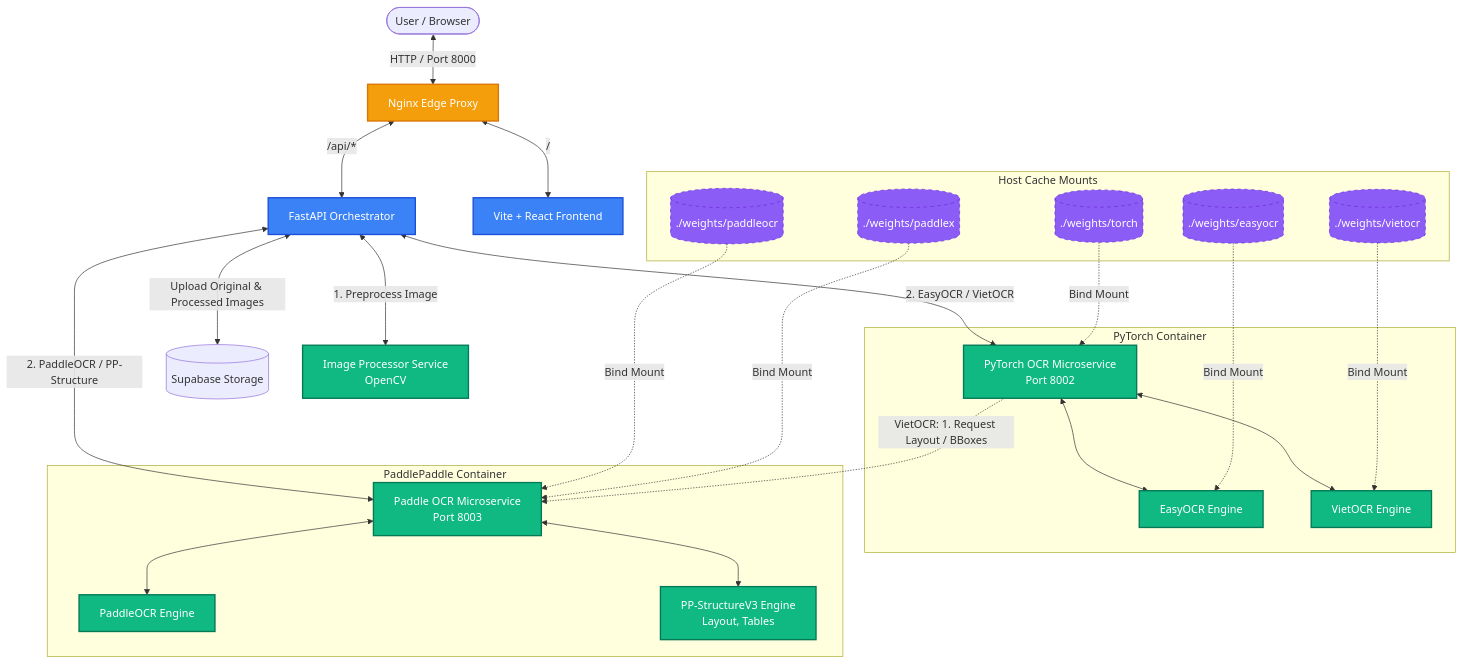
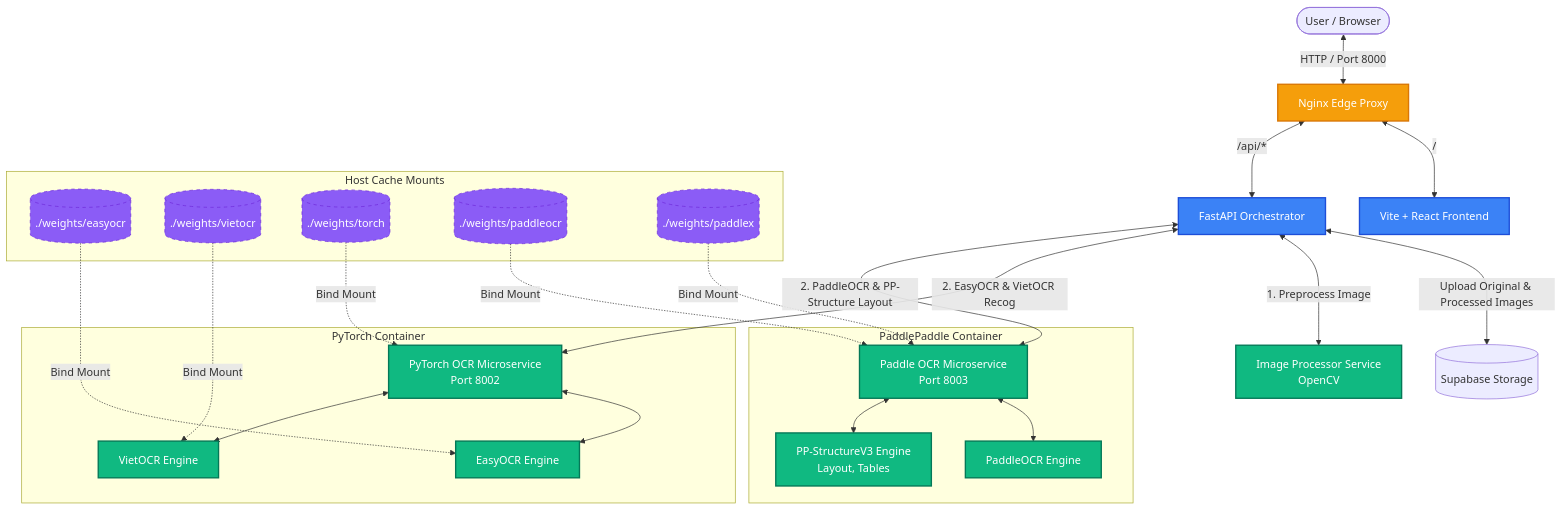
One commit to DucAnhishere/OCR-playground changed the first of 2 diagrams in README.md. Above: the diagram before and after it, drawn with Mermaid. The commit also changed other lines of this file, not shown here.

Commit message:
docs: Update architecture diagrams and documentation in README

````diff
--- a/README.md
+++ b/README.md
@@ -15,49 +15,47 @@
 ```mermaid
 graph TD
     User([User / Browser]) <--> |HTTP / Port 8000| Nginx[Nginx Edge Proxy]
     
     Nginx <--> | / | FE[Vite + React Frontend]
     Nginx <--> | /api/* | BFF[FastAPI Orchestrator]
     
     BFF <--> |Upload Original & Processed Images| Supabase[(Supabase Storage)]
     
     BFF <--> |1. Preprocess Image| IMG[Image Processor Service<br/>OpenCV]
-    BFF <--> |2. EasyOCR / VietOCR| PY[PyTorch OCR Microservice<br/>Port 8002]
-    BFF <--> |2. PaddleOCR / PP-Structure| PD[Paddle OCR Microservice<br/>Port 8003]
-    
-    PY -.-> |VietOCR: 1. Request Layout / BBoxes| PD
+    BFF <--> |2. EasyOCR & VietOCR Recog| PY[PyTorch OCR Microservice<br/>Port 8002]
+    BFF <--> |2. PaddleOCR & PP-Structure Layout| PD[Paddle OCR Microservice<br/>Port 8003]
     
     subgraph PyTorch [PyTorch Container]
         PY
         Easy[EasyOCR Engine]
         Viet[VietOCR Engine]
         PY <--> Easy
         PY <--> Viet
     end
     
     subgraph Paddle [PaddlePaddle Container]
         PD
         PaddleOCR[PaddleOCR Engine]
         Struct[PP-StructureV3 Engine<br/>Layout, Tables]
         PD <--> PaddleOCR
         PD <--> Struct
     end
     
     subgraph Weights [Host Cache Mounts]
         W_Easy[(./weights/easyocr)] -.-> |Bind Mount| Easy
         W_Viet[(./weights/vietocr)] -.-> |Bind Mount| Viet
         W_Torch[(./weights/torch)] -.-> |Bind Mount| PY
         W_Paddle[(./weights/paddleocr)] -.-> |Bind Mount| PD
         W_Paddlex[(./weights/paddlex)] -.-> |Bind Mount| PD
     end
     
     classDef main fill:#3b82f6,stroke:#1d4ed8,color:#fff,stroke-width:2px;
     classDef service fill:#10b981,stroke:#047857,color:#fff,stroke-width:2px;
     classDef proxy fill:#f59e0b,stroke:#d97706,color:#fff,stroke-width:2px;
     classDef mount fill:#8b5cf6,stroke:#6d28d9,color:#fff,stroke-width:1px,stroke-dasharray: 5 5;
     
     class FE,BFF main;
     class Nginx proxy;
     class PY,PD,IMG,Easy,Viet,PaddleOCR,Struct service;
     class W_Easy,W_Viet,W_Torch,W_Paddle,W_Paddlex mount;
 ```
````
